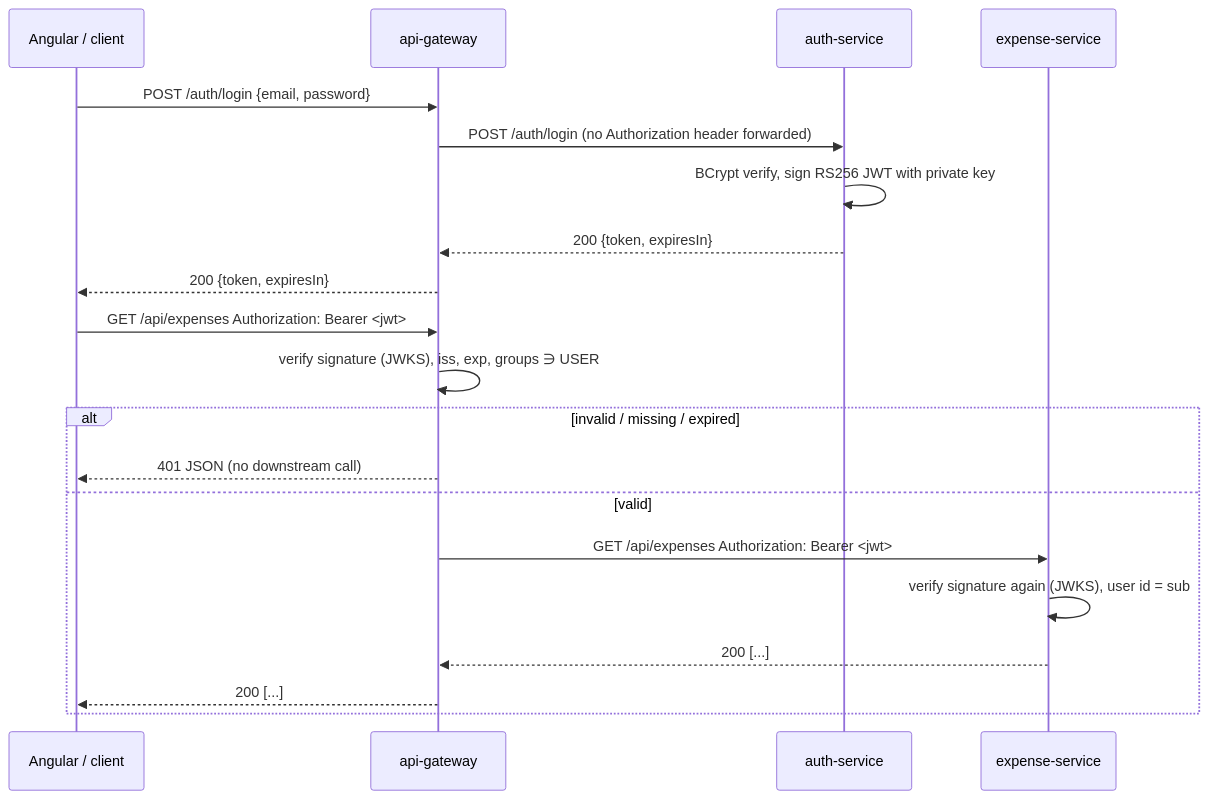
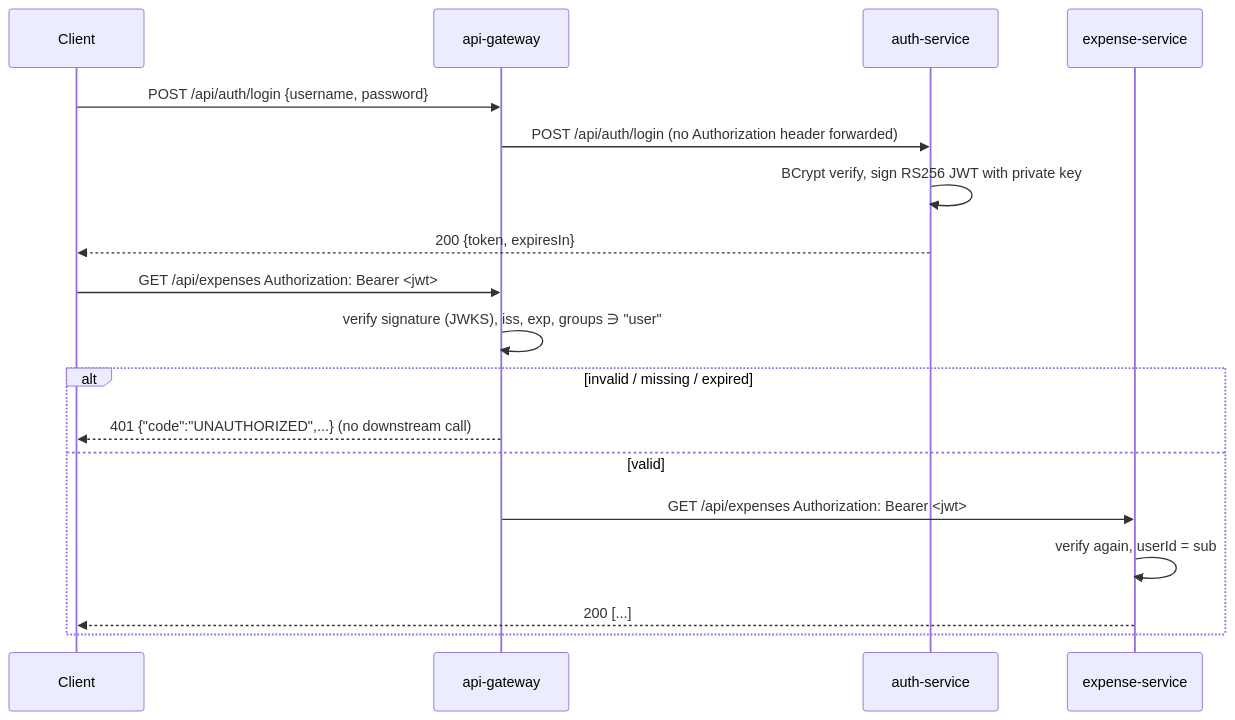
One commit to aravind19062/expense-tracker changed the second of 2 diagrams in expense-tracker-quarkus/README.md. Above: the diagram before and after it, drawn with Mermaid. The commit also changed other lines of this file and 61 other files, not shown here.

````diff
--- a/expense-tracker-quarkus/README.md
+++ b/expense-tracker-quarkus/README.md
@@ -198,22 +210,20 @@
 ```mermaid
 sequenceDiagram
-    participant UI as Angular / client
+    participant UI as Client
     participant GW as api-gateway
     participant AU as auth-service
     participant EX as expense-service
-    UI->>GW: POST /auth/login {email, password}
-    GW->>AU: POST /auth/login (no Authorization header forwarded)
+    UI->>GW: POST /api/auth/login {username, password}
+    GW->>AU: POST /api/auth/login (no Authorization header forwarded)
     AU->>AU: BCrypt verify, sign RS256 JWT with private key
-    AU-->>GW: 200 {token, expiresIn}
-    GW-->>UI: 200 {token, expiresIn}
+    AU-->>UI: 200 {token, expiresIn}
     UI->>GW: GET /api/expenses  Authorization: Bearer <jwt>
-    GW->>GW: verify signature (JWKS), iss, exp, groups ∋ USER
+    GW->>GW: verify signature (JWKS), iss, exp, groups ∋ "user"
     alt invalid / missing / expired
-        GW-->>UI: 401 JSON (no downstream call)
+        GW-->>UI: 401 {"code":"UNAUTHORIZED",...} (no downstream call)
     else valid
         GW->>EX: GET /api/expenses  Authorization: Bearer <jwt>
-        EX->>EX: verify signature again (JWKS), user id = sub
-        EX-->>GW: 200 [...]
-        GW-->>UI: 200 [...]
+        EX->>EX: verify again, userId = sub
+        EX-->>UI: 200 [...]
     end
 ```
````
